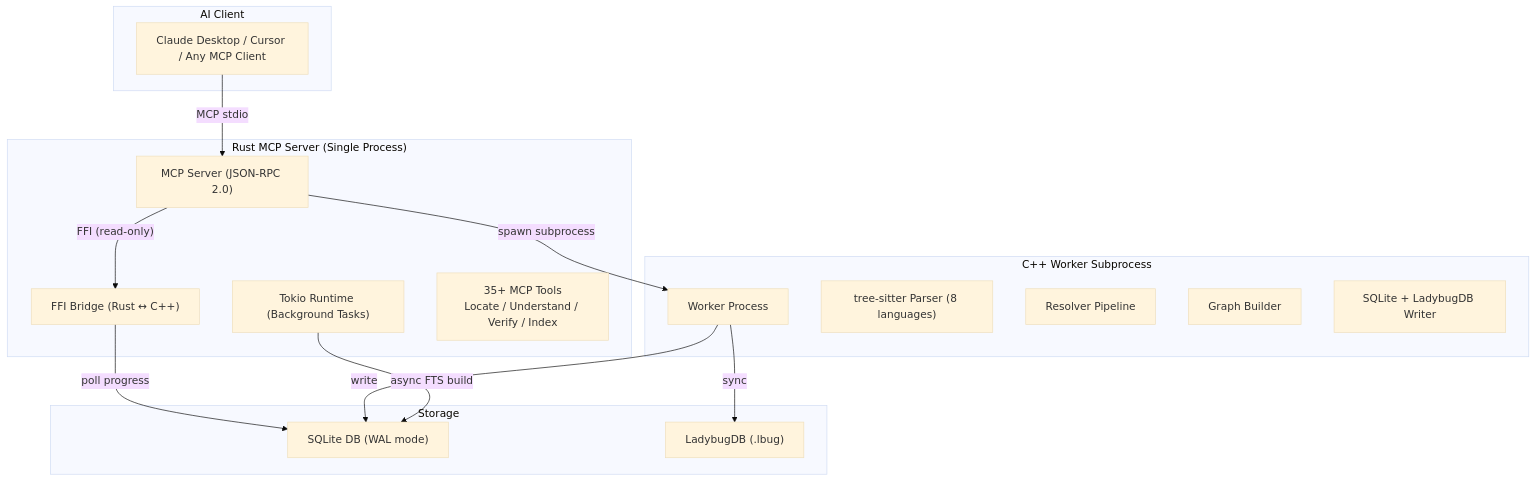
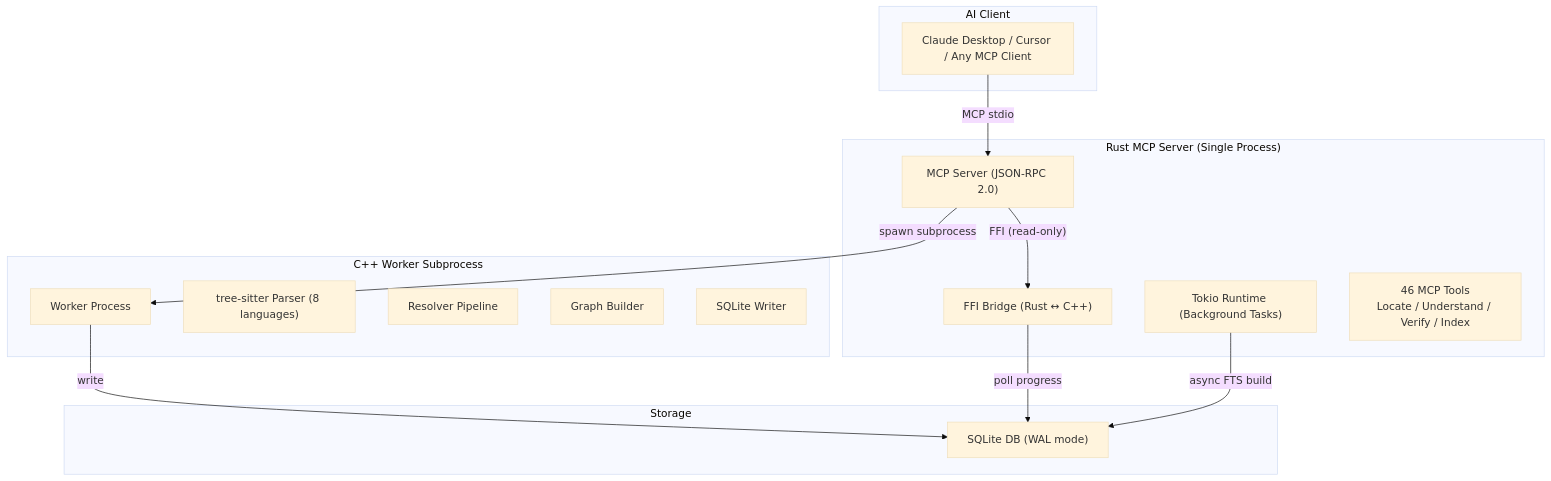
One commit to Timwood0x10/CodeScope changed the first of 12 diagrams in docs/en/technical_breakdown.md. Above: the diagram before and after it, drawn with Mermaid (base theme). The commit also changed other lines of this file and 37 other files, not shown here.

````diff
--- a/docs/en/technical_breakdown.md
+++ b/docs/en/technical_breakdown.md
@@ -29,34 +29,32 @@
 ```mermaid
 flowchart TB
     subgraph "AI Client"
         Client["Claude Desktop / Cursor / Any MCP Client"]
     end
 
     subgraph "Rust MCP Server (Single Process)"
         MCPServer["MCP Server (JSON-RPC 2.0)"]
         FFIBridge["FFI Bridge (Rust ↔ C++)"]
         TokioRT["Tokio Runtime (Background Tasks)"]
-        tools["35+ MCP Tools<br/>Locate / Understand / Verify / Index"]
+        tools["46 MCP Tools<br/>Locate / Understand / Verify / Index"]
     end
 
     subgraph "C++ Worker Subprocess"
         Worker["Worker Process"]
         Parser["tree-sitter Parser (8 languages)"]
         Resolver["Resolver Pipeline"]
         GraphBuilder["Graph Builder"]
-        Store["SQLite + LadybugDB Writer"]
+        Store["SQLite Writer"]
     end
 
     subgraph "Storage"
         SQLite["SQLite DB (WAL mode)"]
-        Ladybug["LadybugDB (.lbug)"]
     end
 
     Client -->|"MCP stdio"| MCPServer
     MCPServer -->|"spawn subprocess"| Worker
     MCPServer -->|"FFI (read-only)"| FFIBridge
     FFIBridge -->|"poll progress"| SQLite
     Worker -->|"write"| SQLite
-    Worker -->|"sync"| Ladybug
     TokioRT -->|"async FTS build"| SQLite
 ```
````
